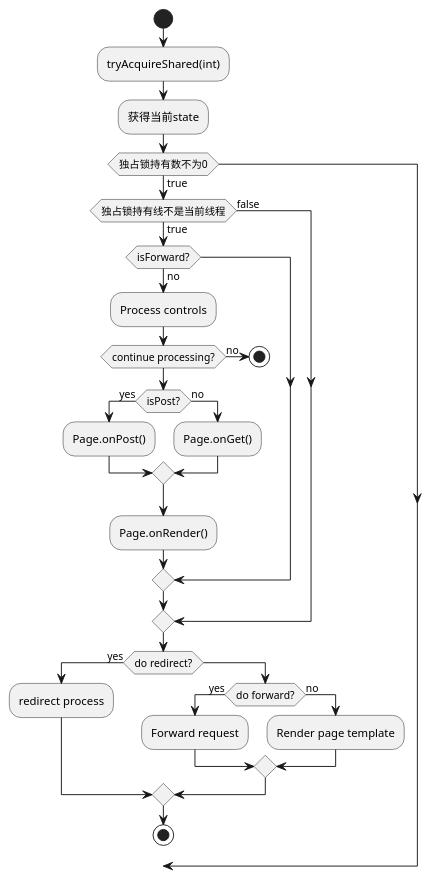
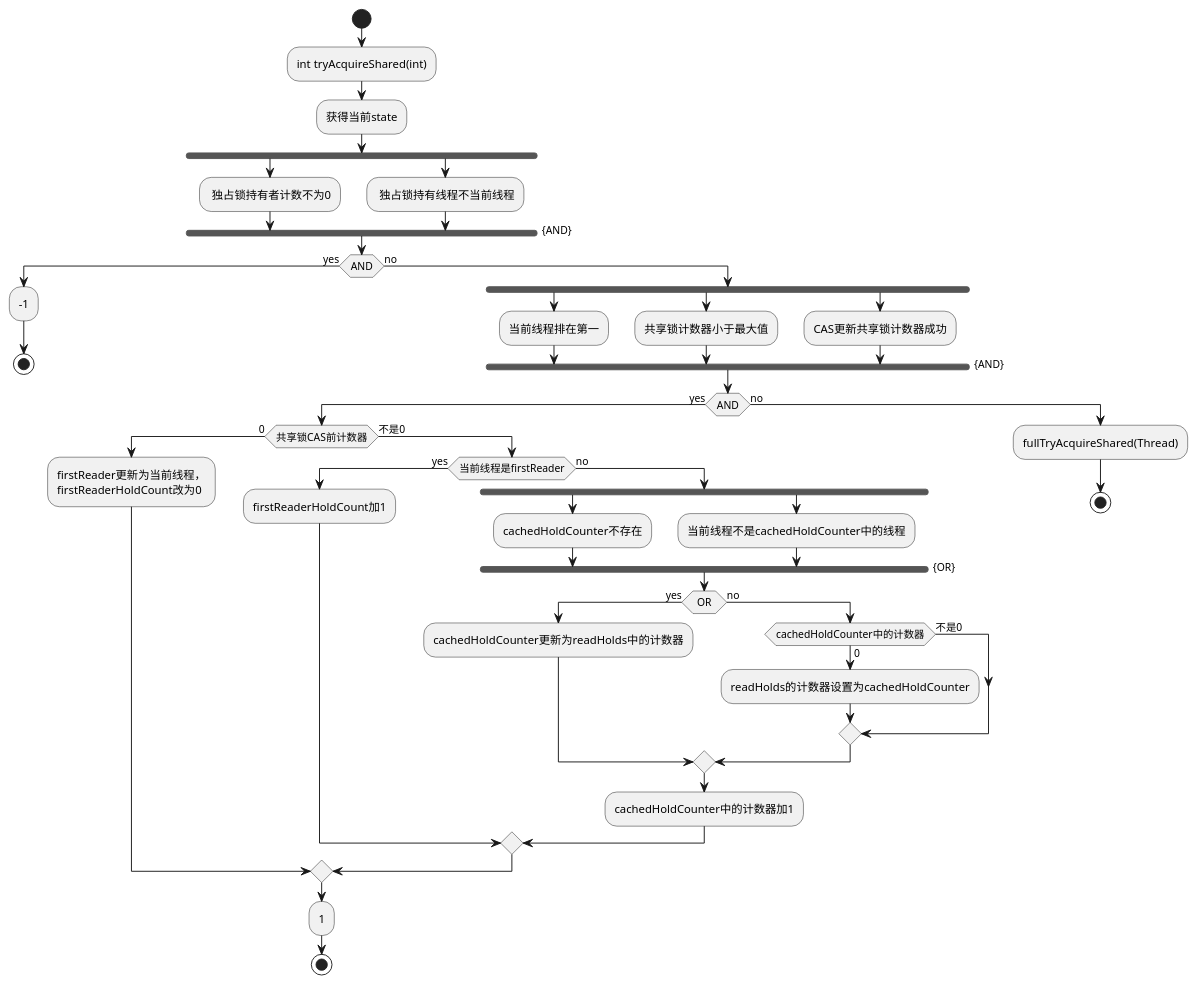
One commit to micheldauros/SpringWebTest changed the diagram in Miscellaneous/src/main/resources/lock.puml. Above: the diagram before and after it, drawn with PlantUML. The commit also changed 1 other file, not shown here.

Commit message:
plantuml2

```diff
--- a/Miscellaneous/src/main/resources/lock.puml
+++ b/Miscellaneous/src/main/resources/lock.puml
@@ -1,37 +1,58 @@
 @startuml
 'https://plantuml.com/activity-diagram-beta
 
 start
-:tryAcquireShared(int);
+:int tryAcquireShared(int);
 :获得当前state;
-if (独占锁持有数不为0) then (true)
-  if(独占锁持有线不是当前线程) then (true)
-  if (isForward?) then (no)
-    :Process controls;
-    if (continue processing?) then (no)
-      stop
+fork
+    : 独占锁持有者计数不为0;
+fork again
+    : 独占锁持有线程不当前线程;
+end fork{AND}
+if(AND)then(yes)
+    :-1;
+stop
+else(no)
+    fork
+        :当前线程排在第一;
+    fork again
+        :共享锁计数器小于最大值;
+    fork again
+        :CAS更新共享锁计数器成功;
+    end fork{AND}
+    if(AND)then(yes)
+    if(共享锁CAS前计数器)equals(0)then
+        :firstReader更新为当前线程，
+        firstReaderHoldCount改为0;
+    else(不是0)
+        if(当前线程是firstReader)then(yes)
+            :firstReaderHoldCount加1;
+        else(no)
+        fork
+            :cachedHoldCounter不存在;
+        fork again
+            :当前线程不是cachedHoldCounter中的线程;
+        end fork{OR}
+            if(OR)then(yes)
+                :cachedHoldCounter更新为readHolds中的计数器;
+            else(no)
+                if(cachedHoldCounter中的计数器)equals(0)then
+                    :readHolds的计数器设置为cachedHoldCounter;
+                else(不是0)
+                endif
+            endif
+            :cachedHoldCounter中的计数器加1;
+        endif
     endif
-
-    if (isPost?) then (yes)
-      :Page.onPost();
-    else (no)
-      :Page.onGet();
-    endif
-    :Page.onRender();
-  endif
-else (false)
+    :1;
+    stop
+    else(no)
+        :fullTryAcquireShared(Thread);
+    stop
 endif
 
-if (do redirect?) then (yes)
-  :redirect process;
-else
-  if (do forward?) then (yes)
-    :Forward request;
-  else (no)
-    :Render page template;
-  endif
-endif
 
-stop
+
+
 
 @enduml
```
